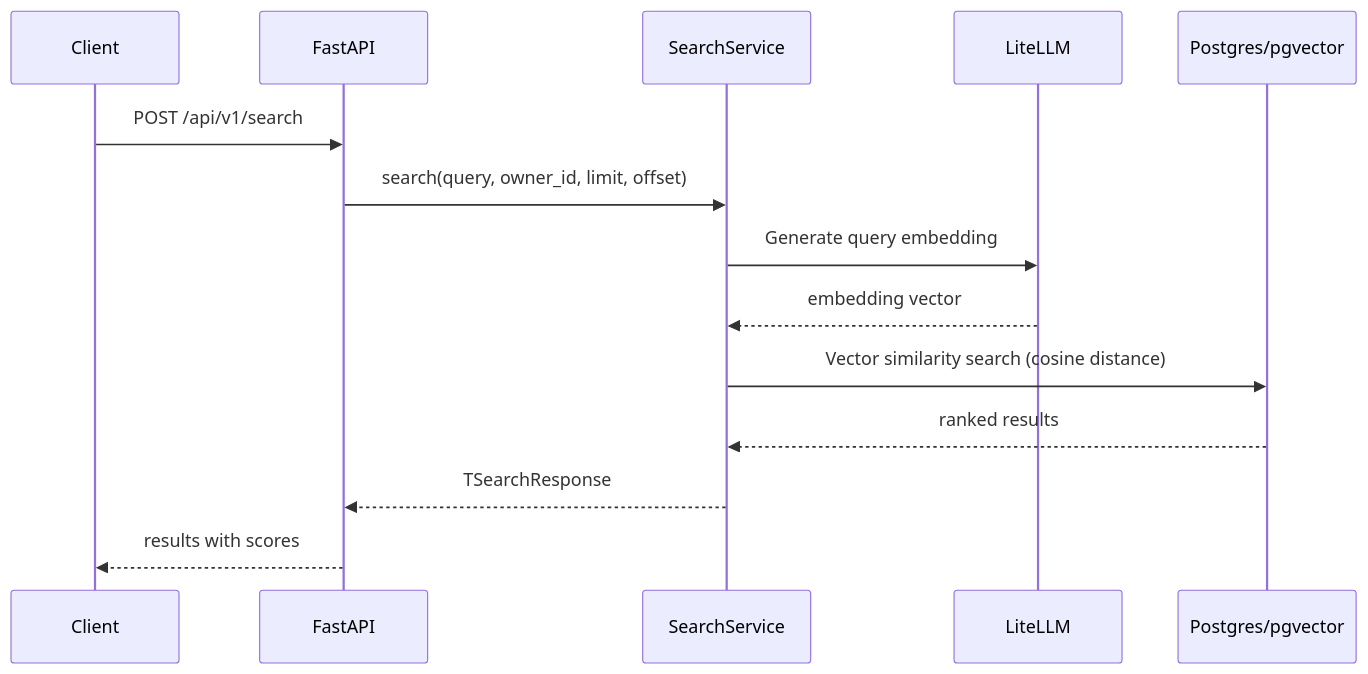
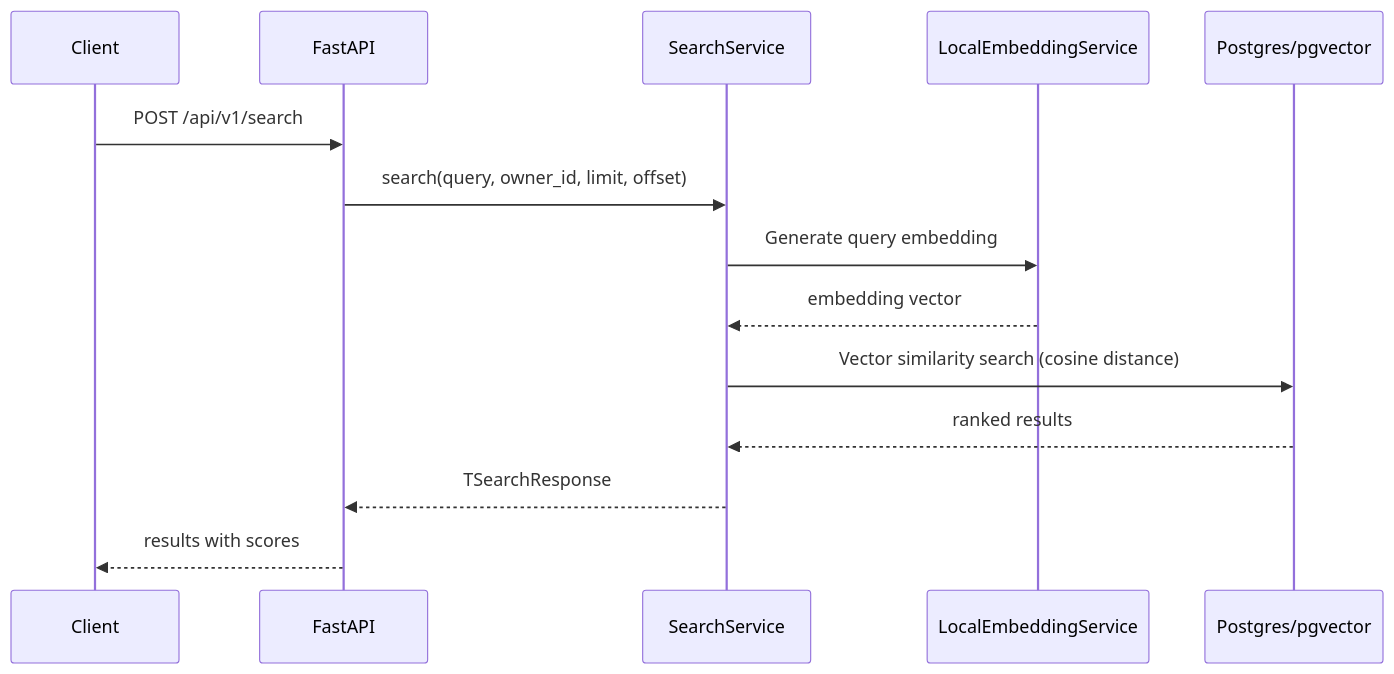
One commit to farhan-mahi-sazim/AIPCPP-BE-Mahi-Onboarding changed the diagram in docs/semantic_search.md. Above: the diagram before and after it, drawn with Mermaid. The commit also changed other lines of this file and 16 other files, not shown here.

Commit message:
chore(AIPCPP-BE): Embedding refactored with using local embedding

````diff
--- a/docs/semantic_search.md
+++ b/docs/semantic_search.md
@@ -14,17 +14,17 @@
 ```mermaid
 sequenceDiagram
     participant Client
     participant API as FastAPI
     participant Service as SearchService
-    participant LiteLLM
+    participant LocalEmbedder as LocalEmbeddingService
     participant DB as Postgres/pgvector
 
     Client->>API: POST /api/v1/search
     API->>Service: search(query, owner_id, limit, offset)
-    Service->>LiteLLM: Generate query embedding
-    LiteLLM-->>Service: embedding vector
+    Service->>LocalEmbedder: Generate query embedding
+    LocalEmbedder-->>Service: embedding vector
     Service->>DB: Vector similarity search (cosine distance)
     DB-->>Service: ranked results
     Service-->>API: TSearchResponse
     API-->>Client: results with scores
 ```
````
